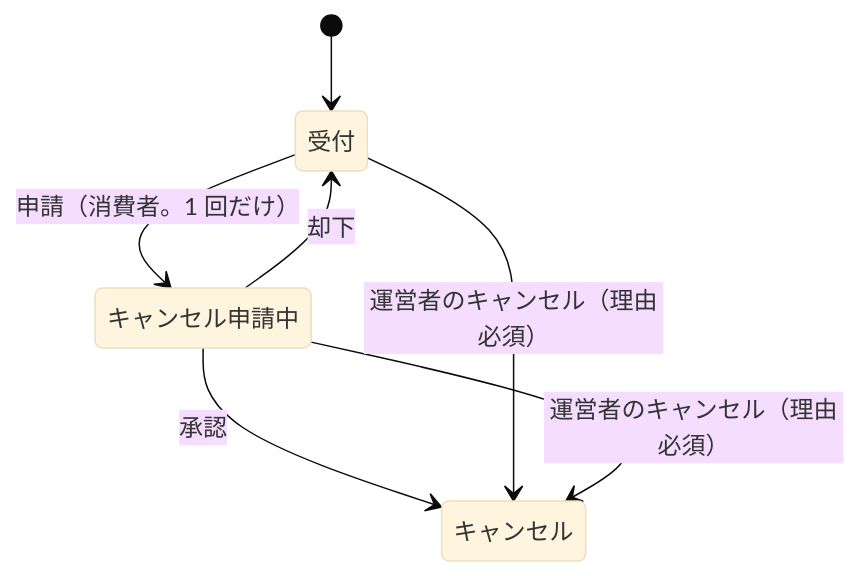
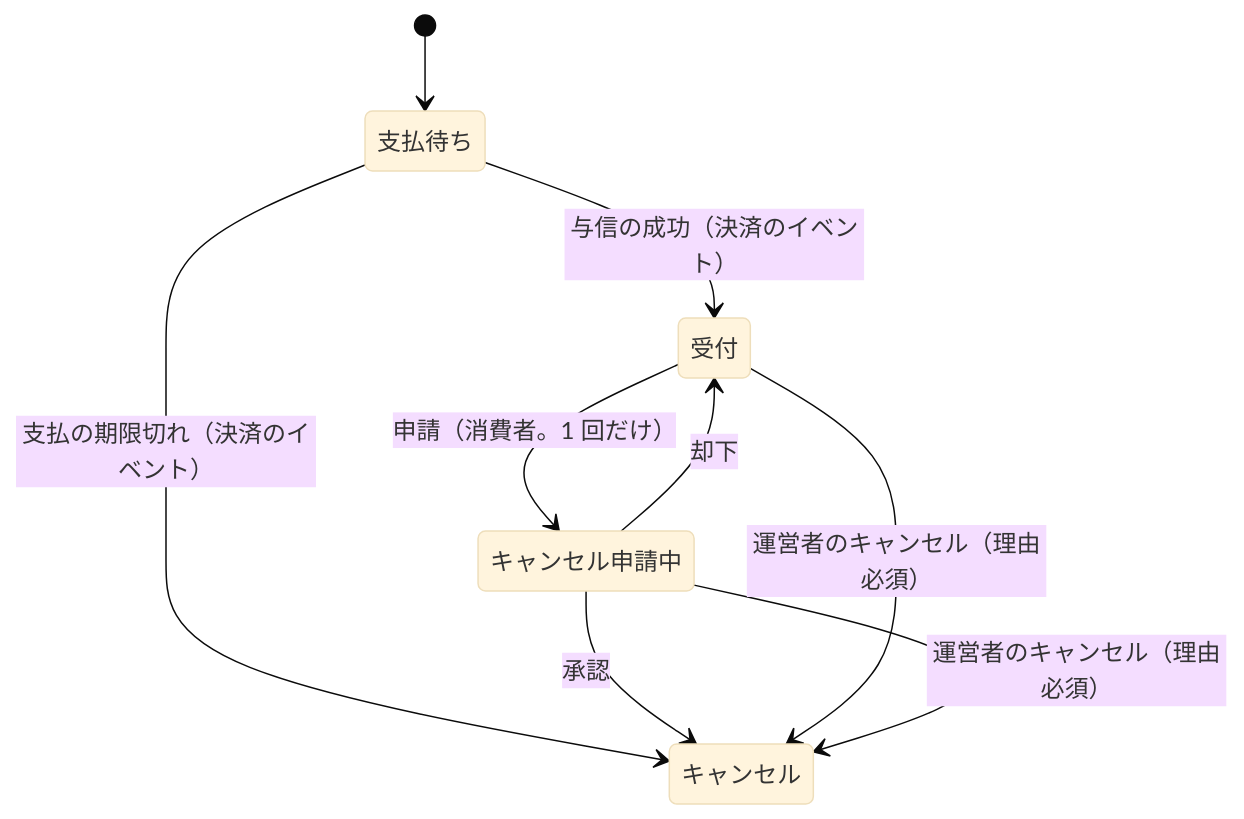
The diagram in docs/backend/modules/order.md (roger88106/ec-site), drawn with Mermaid (base theme) before and after one commit. The commit also changed other lines of this file and 3 other files, not shown here.

````diff
--- a/docs/backend/modules/order.md
+++ b/docs/backend/modules/order.md
@@ -48,9 +49,11 @@
 ```mermaid
 stateDiagram-v2
-    [*] --> 受付
+    [*] --> 支払待ち
+    支払待ち --> 受付: 与信の成功（決済のイベント）
+    支払待ち --> キャンセル: 支払の期限切れ（決済のイベント）
     受付 --> キャンセル申請中: 申請（消費者。1 回だけ）
     キャンセル申請中 --> キャンセル: 承認
     キャンセル申請中 --> 受付: 却下
     受付 --> キャンセル: 運営者のキャンセル（理由必須）
     キャンセル申請中 --> キャンセル: 運営者のキャンセル（理由必須）
 ```
````
